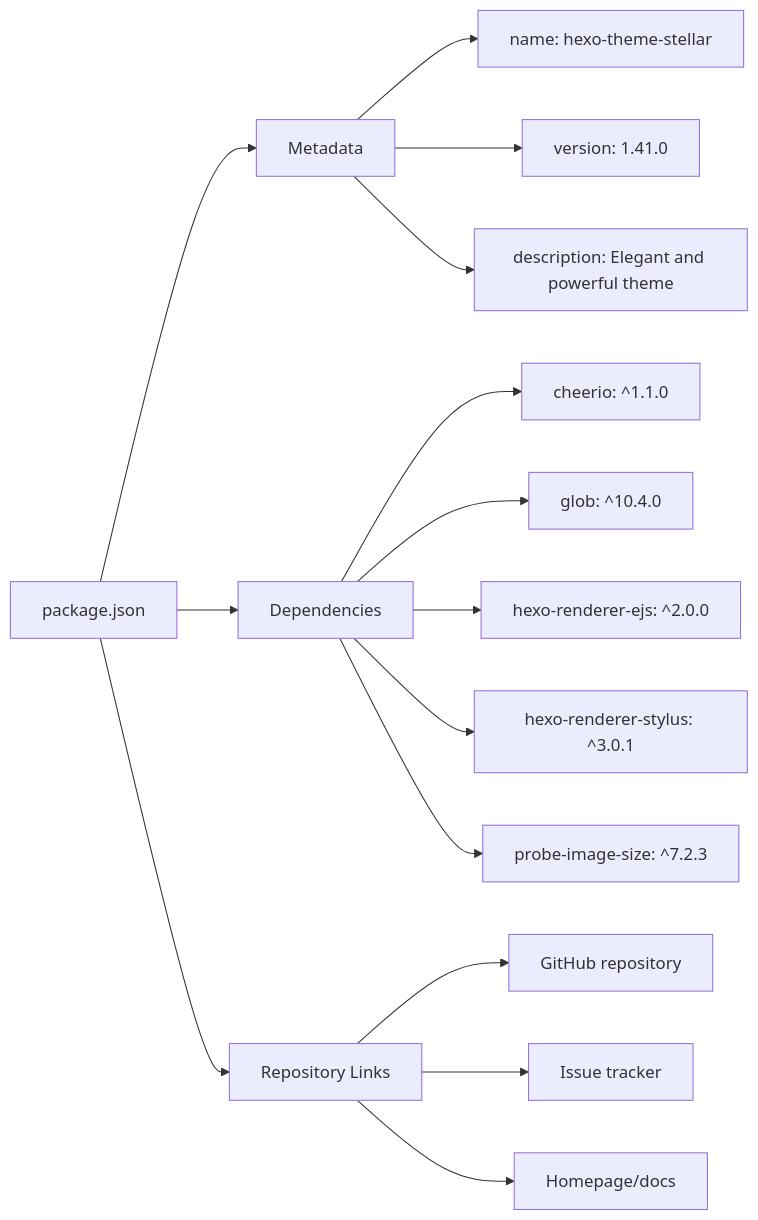
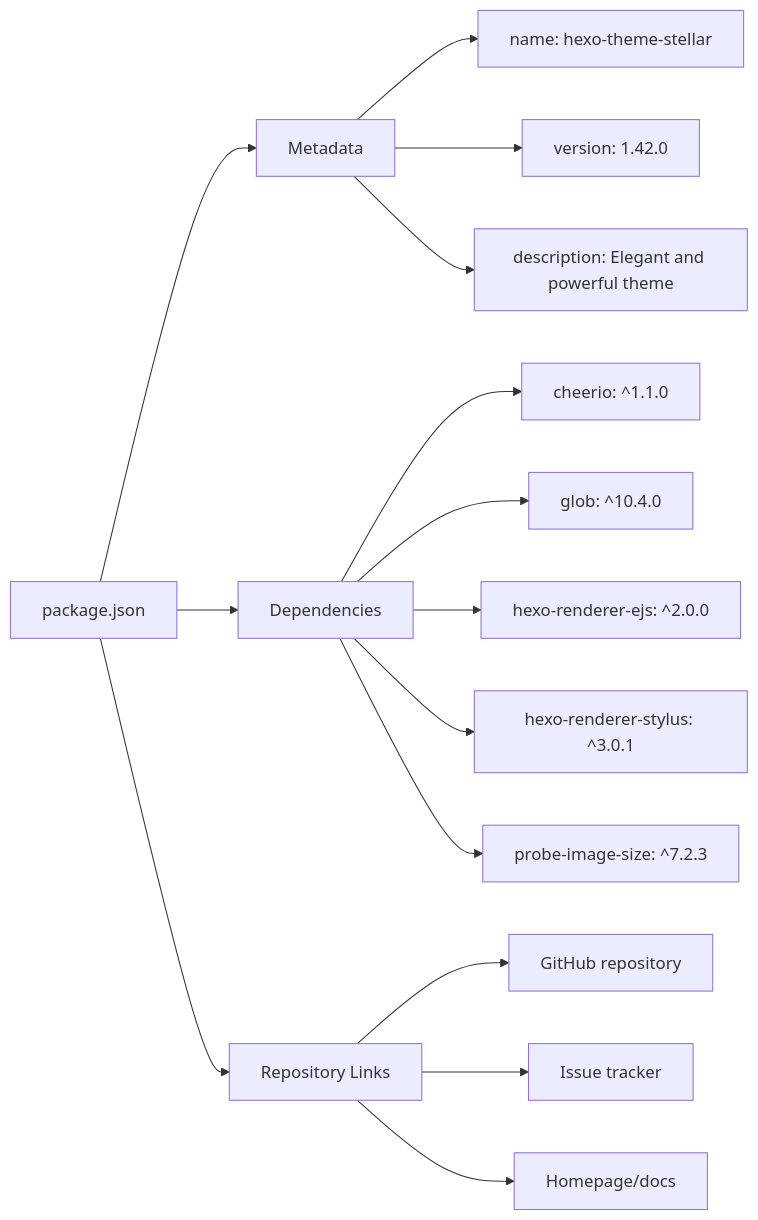
The second of 5 diagrams in themes/stellar/docs/knowledge/00-总览与安装配置/installation.md (penndu/hexo), drawn with Mermaid before and after one commit. The commit also changed other lines of this file and 31 other files, not shown here.

````diff
--- a/themes/stellar/docs/knowledge/00-总览与安装配置/installation.md
+++ b/themes/stellar/docs/knowledge/00-总览与安装配置/installation.md
@@ -124,25 +124,25 @@
 ```mermaid
 graph LR
     PKG["package.json"]
     META["Metadata"]
     DEPS["Dependencies"]
     REPO["Repository Links"]
     
     PKG --> META
     PKG --> DEPS
     PKG --> REPO
     
     META --> NAME["name: hexo-theme-stellar"]
-    META --> VER["version: 1.41.0"]
+    META --> VER["version: 1.42.0"]
     META --> DESC["description: Elegant and powerful theme"]
     
     DEPS --> CHEERIO["cheerio: ^1.1.0"]
     DEPS --> GLOB["glob: ^10.4.0"]
     DEPS --> EJS["hexo-renderer-ejs: ^2.0.0"]
     DEPS --> STYLUS["hexo-renderer-stylus: ^3.0.1"]
     DEPS --> PROBE["probe-image-size: ^7.2.3"]
     
     REPO --> GIT["GitHub repository"]
     REPO --> ISSUES["Issue tracker"]
     REPO --> HOME["Homepage/docs"]
 ```
````
